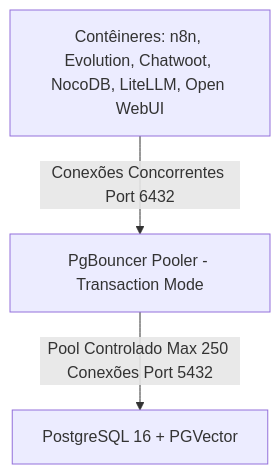
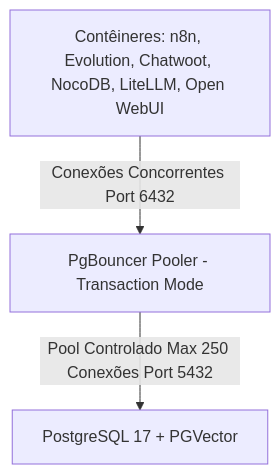
One commit to alcantaraw/daemind changed the diagram in docs/ARQUITETURA_E_ENGENHARIA_SRE.md. Above: the diagram before and after it, drawn with Mermaid. The commit also changed other lines of this file and 40 other files, not shown here.

````diff
--- a/docs/ARQUITETURA_E_ENGENHARIA_SRE.md
+++ b/docs/ARQUITETURA_E_ENGENHARIA_SRE.md
@@ -197,5 +337,5 @@
 ```mermaid
 graph TD
     ClientApps[Contêineres: n8n, Evolution, Chatwoot, NocoDB, LiteLLM, Open WebUI] -->|Conexões Concorrentes Port 6432| PgBouncer[PgBouncer Pooler - Transaction Mode]
-    PgBouncer -->|Pool Controlado Max 250 Conexões Port 5432| Postgres[PostgreSQL 16 + PGVector]
+    PgBouncer -->|Pool Controlado Max 250 Conexões Port 5432| Postgres[PostgreSQL 17 + PGVector]
 ```
````
